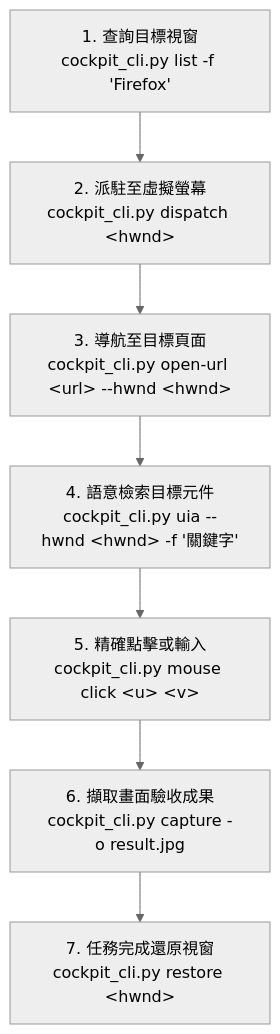
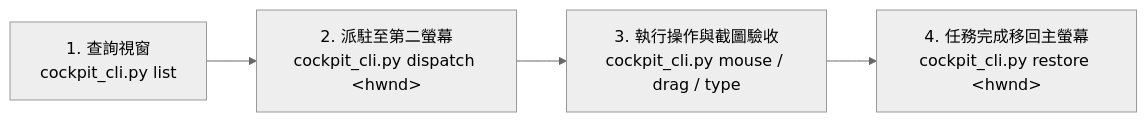
Before and after one commit to arco651749/antigravity-desktop-cockpit: the diagram in skills/desktop-cockpit/SKILL.md, drawn with Mermaid (neutral theme). The commit also changed other lines of this file and 9 other files, not shown here.

Commit message:
feat(input, skill): add 80px overlap corridor, pure direct mode, enhanced CLI drag/wheel, and audited SKILL.md

````diff
--- a/skills/desktop-cockpit/SKILL.md
+++ b/skills/desktop-cockpit/SKILL.md
@@ -72,9 +148,6 @@
 ```mermaid
-flowchart TD
-    S1["1. 查詢目標視窗<br/>cockpit_cli.py list -f 'Firefox'"] --> S2["2. 派駐至虛擬螢幕<br/>cockpit_cli.py dispatch &lt;hwnd&gt;"]
-    S2 --> S3["3. 導航至目標頁面<br/>cockpit_cli.py open-url &lt;url&gt; --hwnd &lt;hwnd&gt;"]
-    S3 --> S4["4. 語意檢索目標元件<br/>cockpit_cli.py uia --hwnd &lt;hwnd&gt; -f '關鍵字'"]
-    S4 --> S5["5. 精確點擊或輸入<br/>cockpit_cli.py mouse click &lt;u&gt; &lt;v&gt;"]
-    S5 --> S6["6. 擷取畫面驗收成果<br/>cockpit_cli.py capture -o result.jpg"]
-    S6 --> S7["7. 任務完成還原視窗<br/>cockpit_cli.py restore &lt;hwnd&gt;"]
+flowchart LR
+    A["1. 查詢視窗<br/>cockpit_cli.py list"] --> B["2. 派駐至第二螢幕<br/>cockpit_cli.py dispatch &lt;hwnd&gt;"]
+    B --> C["3. 執行操作與截圖驗收<br/>cockpit_cli.py mouse / drag / type"]
+    C --> D["4. 任務完成移回主螢幕<br/>cockpit_cli.py restore &lt;hwnd&gt;"]
 ```
````
